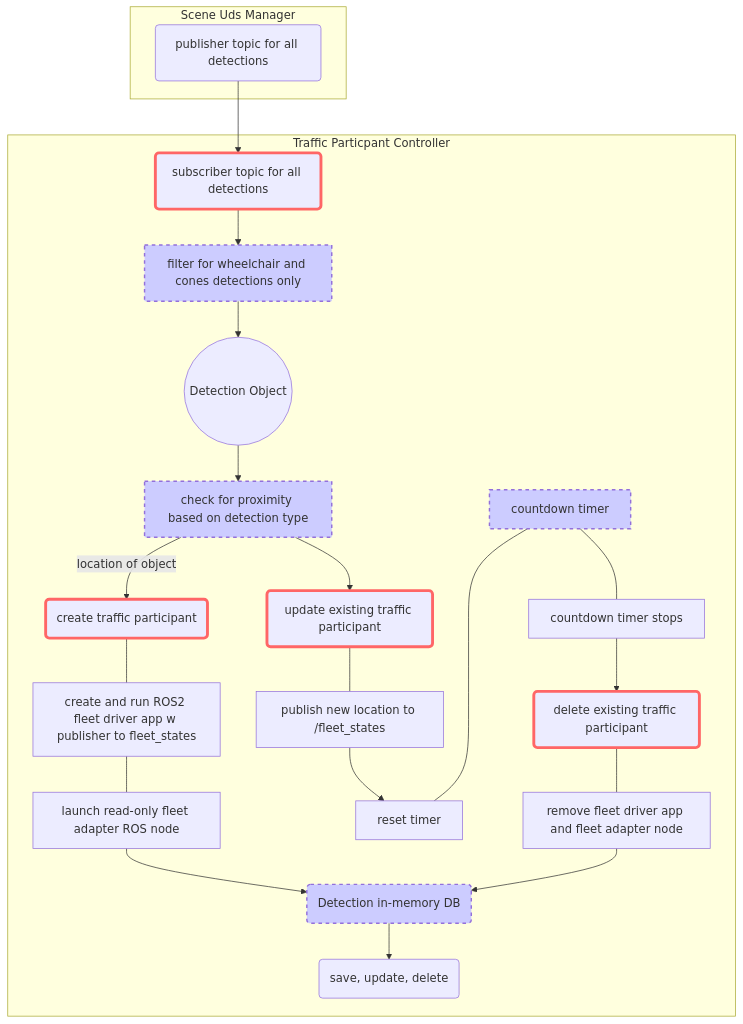
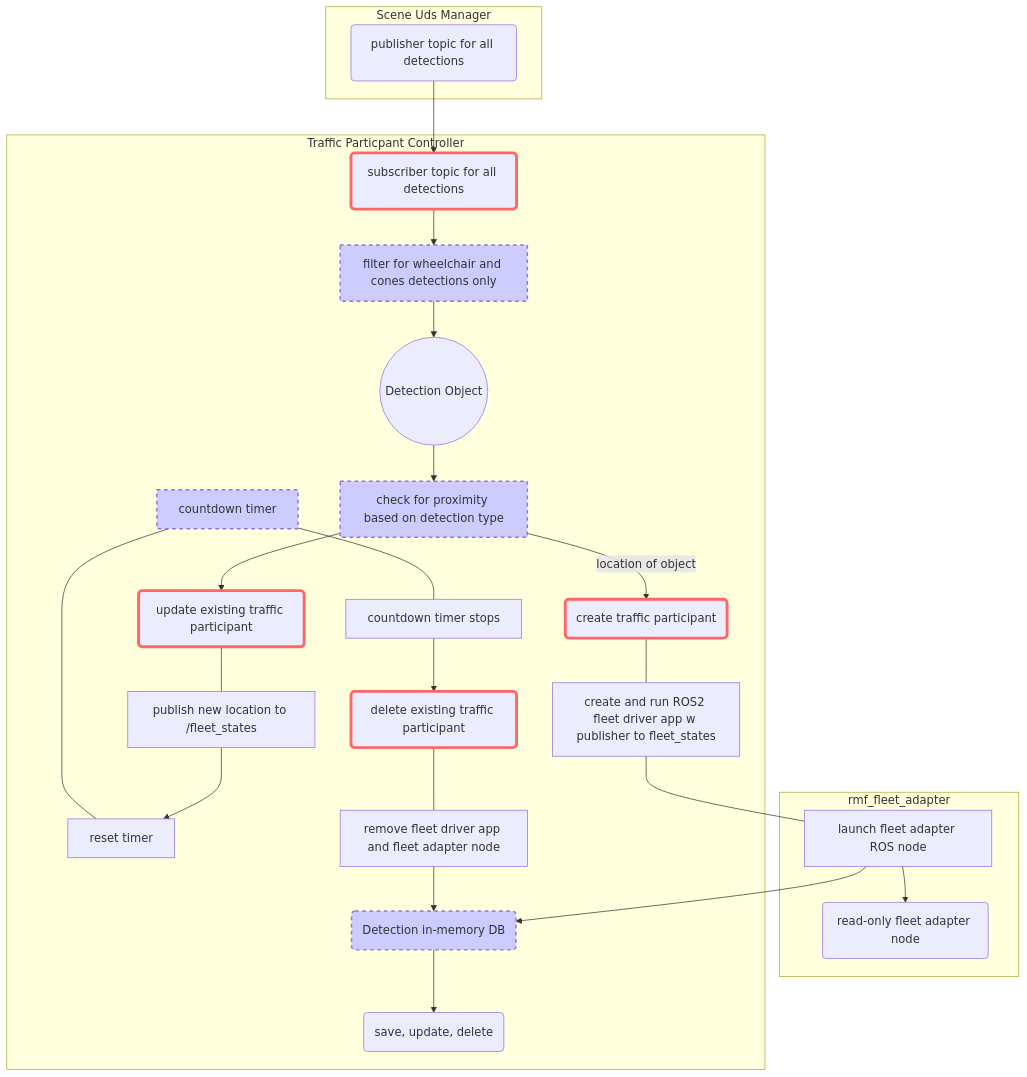
Before and after one commit to mxgrey/su_traffic_participant: the diagram in README.md, drawn with Mermaid.

````diff
--- a/README.md
+++ b/README.md
@@ -5,31 +5,36 @@
 ```mermaid
 graph TB
 
   Publisher --> Subscriber
   subgraph "Scene Uds Manager"
   Publisher(publisher topic for all detections)
   end
 
+  subgraph "rmf_fleet_adapter"
+  Node(read-only fleet adapter node)
+  C2 --> Node
+  end
+
   subgraph "Traffic Particpant Controller"
   Subscriber(subscriber topic for all detections)
   Subscriber --> FindClass[filter for wheelchair and cones detections only] --> Detection((Detection Object))
   Detection --> Proximity[check for proximity based on detection type]
   Proximity -- location of object --> Create(create traffic participant)
   DB(Detection in-memory DB) --> DBops(save, update, delete)
-  Create --- C1[create and run ROS2 fleet driver app w publisher to fleet_states] --- C2[launch read-only fleet adapter ROS node] --> DB
+  Create --- C1[create and run ROS2 fleet driver app w publisher to fleet_states] --- C2[launch fleet adapter ROS node] --> DB
   Proximity --> Update(update existing traffic participant) 
   Update --- U1[publish new location to /fleet_states] --> TimerReset
   CountdownTimer[countdown timer] --- TimerReset[reset timer]
   CountdownTimer --- TimerStop[countdown timer stops] --> Delete(delete existing traffic participant)
   Delete --- D1[remove fleet driver app and fleet adapter node] --> DB
   style Subscriber stroke:#f66,stroke-width:4px
   style Create stroke:#f66,stroke-width:4px
   style Update stroke:#f66,stroke-width:4px
   style Delete stroke:#f66,stroke-width:4px
   style FindClass fill:#ccf,stroke-width:2px,stroke-dasharray: 5, 5
   style Proximity fill:#ccf,stroke-width:2px,stroke-dasharray: 5, 5
   style CountdownTimer fill:#ccf,stroke-width:2px,stroke-dasharray: 5, 5
   style DB fill:#ccf,stroke-width:2px,stroke-dasharray: 5, 5
 
 end
 ```
````
